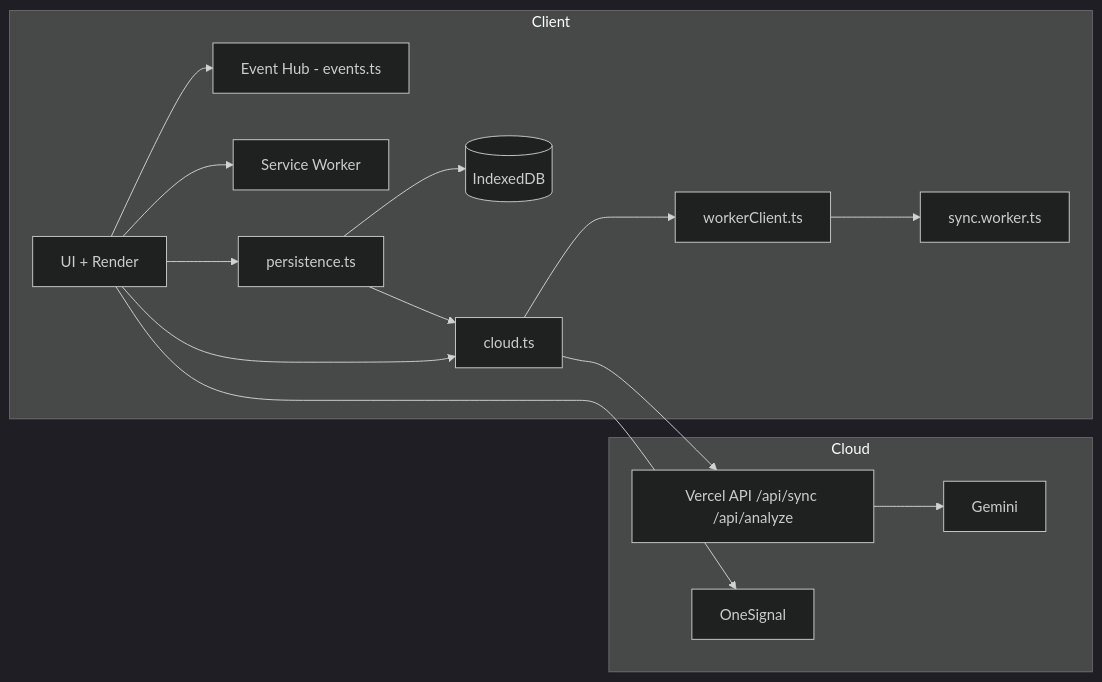
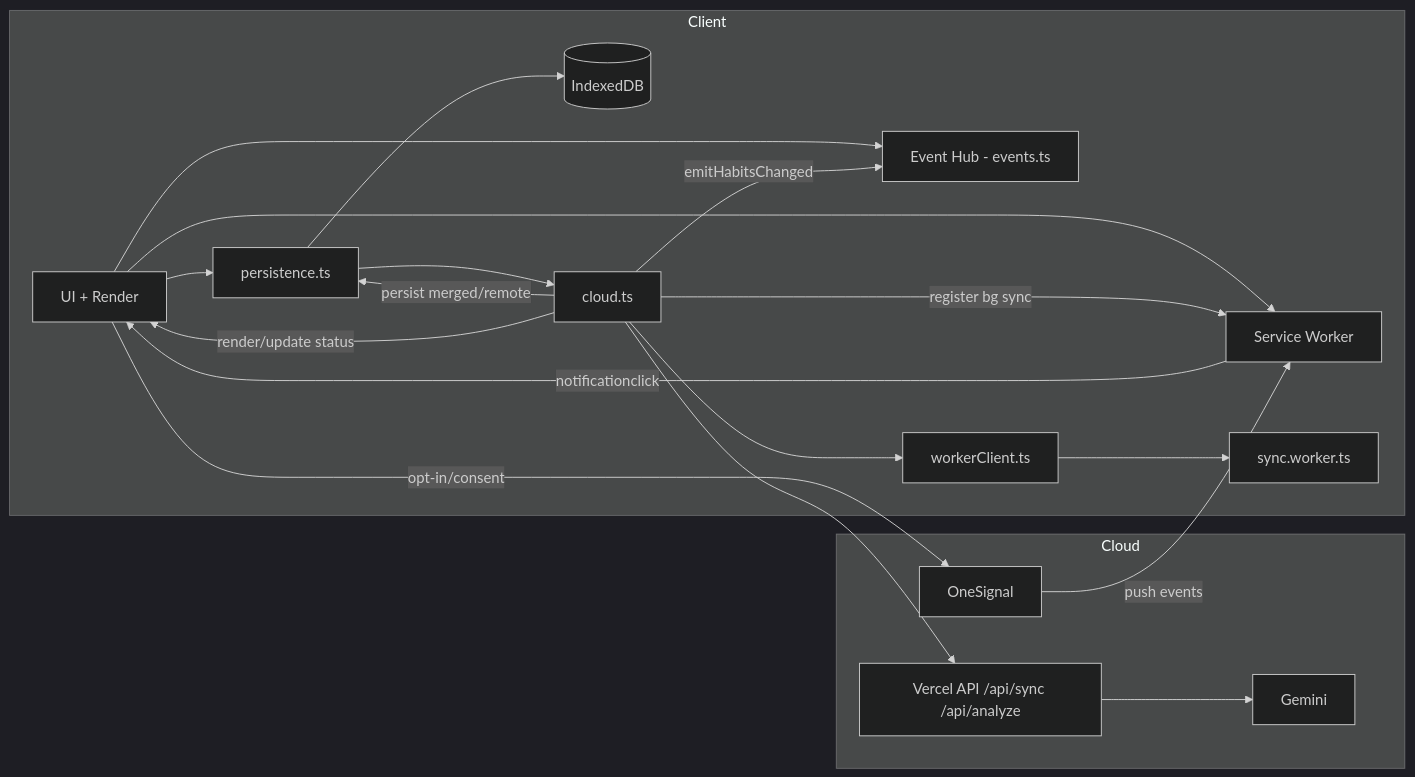
One commit to farifran/askesis changed the third of 9 diagrams in README.md. Above: the diagram before and after it, drawn with Mermaid (dark theme). The commit also changed 1 other file, not shown here.

Commit message:
Atualiza diagramas de arquitetura para incluir orquestração em nuvem e caminhos de retorno

````diff
--- a/README.md
+++ b/README.md
@@ -212,31 +212,44 @@
 ```mermaid
 flowchart LR
   subgraph Client
     UI[UI + Render]
     EV["Event Hub - events.ts"]
     SW[Service Worker]
     IDB[(IndexedDB)]
     PERSIST[persistence.ts]
     CLOUD[cloud.ts]
     WRPC[workerClient.ts]
     W[sync.worker.ts]
   end
 
   subgraph Cloud
     API[Vercel API /api/sync /api/analyze]
     AI[Gemini]
     PUSH[OneSignal]
   end
 
   UI --> EV
   UI --> PERSIST
   PERSIST --> IDB
   PERSIST --> CLOUD
-  UI --> SW
-  UI --> CLOUD
+
+  %% Cloud orchestration (worker + remote)
   CLOUD --> WRPC
   WRPC --> W
   CLOUD --> API
   API --> AI
-  UI --> PUSH
+
+  %% Return paths (remote updates + UI refresh)
+  CLOUD -->|persist merged/remote| PERSIST
+  CLOUD -->|render/update status| UI
+  CLOUD -->|emitHabitsChanged| EV
+
+  %% Service Worker (offline + background sync)
+  UI --> SW
+  CLOUD -->|register bg sync| SW
+
+  %% Push notifications (delivery goes to SW)
+  UI -->|opt-in/consent| PUSH
+  PUSH -->|push events| SW
+  SW -->|notificationclick| UI
 ```
````
